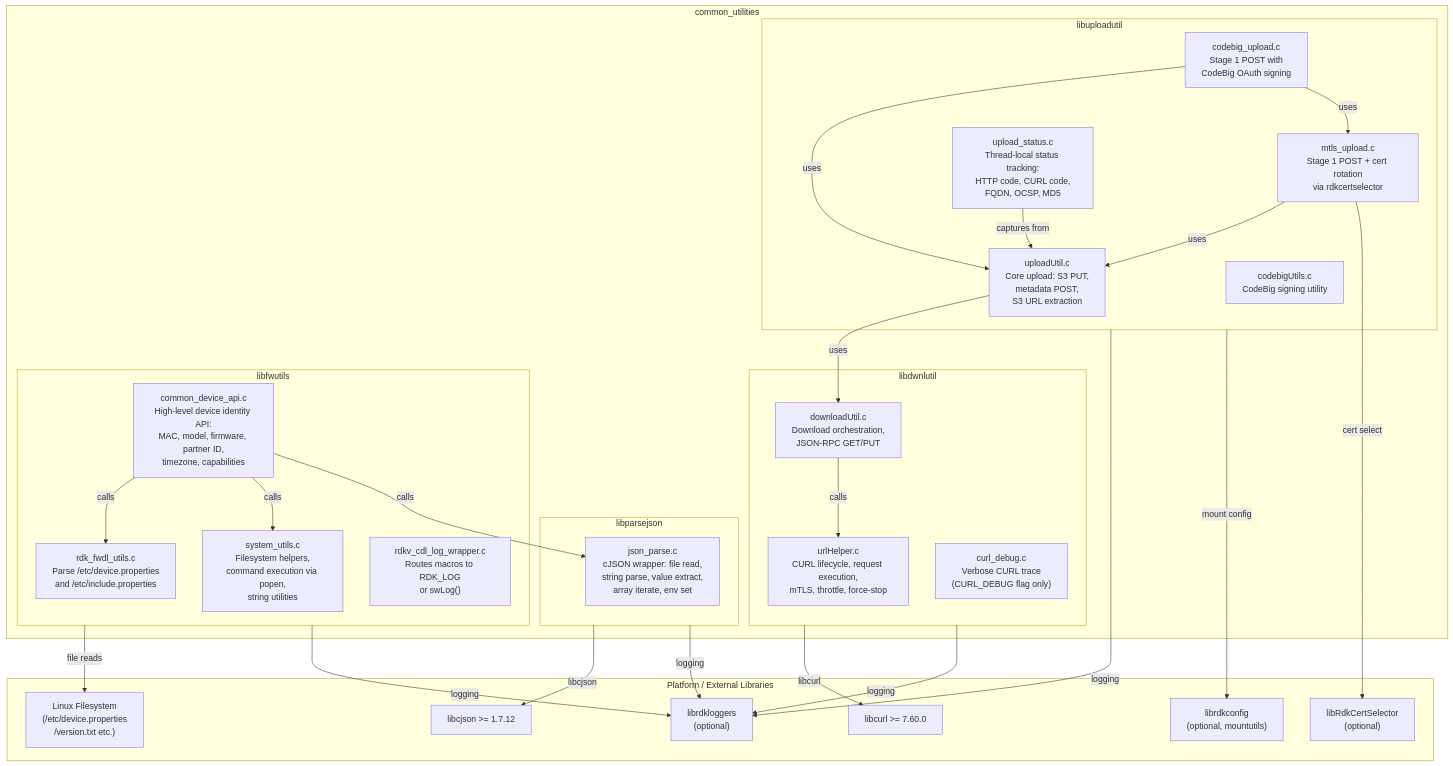
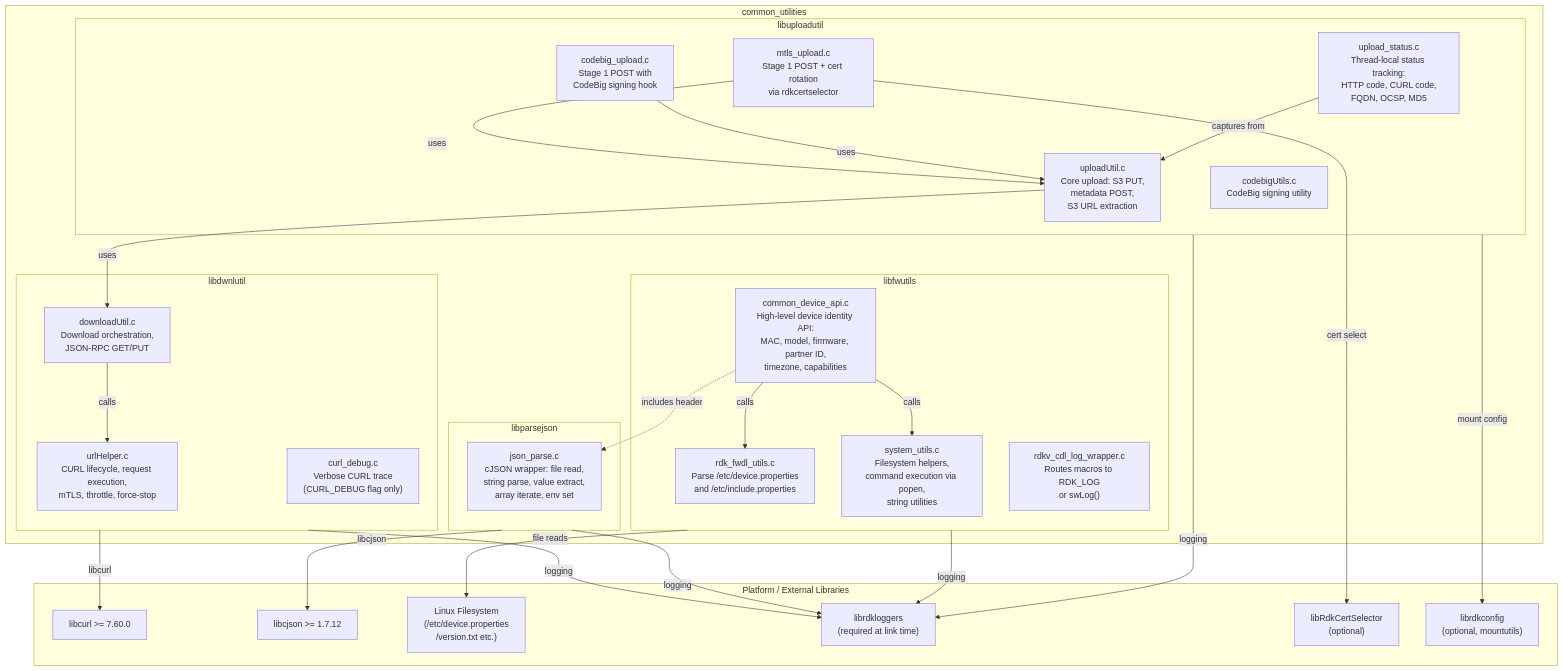
Before and after one commit to rdkcentral/common_utilities: the second of 4 diagrams in docs/README.md, drawn with Mermaid. The commit also changed other lines of this file, not shown here.

````diff
--- a/docs/README.md
+++ b/docs/README.md
@@ -57,57 +57,56 @@
 ```mermaid
 graph TD
     subgraph CommonUtils ["common_utilities"]
         subgraph DwnlLib ["libdwnlutil"]
             UH["urlHelper.c\nCURL lifecycle, request execution,\nmTLS, throttle, force-stop"]
             DU["downloadUtil.c\nDownload orchestration,\nJSON-RPC GET/PUT"]
             CD["curl_debug.c\nVerbose CURL trace\n(CURL_DEBUG flag only)"]
             DU -->|"calls"| UH
         end
 
         subgraph ParseLib ["libparsejson"]
             JP["json_parse.c\ncJSON wrapper: file read,\nstring parse, value extract,\narray iterate, env set"]
         end
 
         subgraph FwUtils ["libfwutils"]
             FD["rdk_fwdl_utils.c\nParse /etc/device.properties\nand /etc/include.properties"]
             SU["system_utils.c\nFilesystem helpers,\ncommand execution via popen,\nstring utilities"]
             CDA["common_device_api.c\nHigh-level device identity API:\nMAC, model, firmware, partner ID,\ntimezone, capabilities"]
             LOG["rdkv_cdl_log_wrapper.c\nRoutes macros to RDK_LOG\nor swLog()"]
             CDA -->|"calls"| FD
             CDA -->|"calls"| SU
-            CDA -->|"calls"| JP
+            CDA -.->|"includes header"| JP
         end
 
         subgraph UploadLib ["libuploadutil"]
             UU["uploadUtil.c\nCore upload: S3 PUT,\nmetadata POST,\nS3 URL extraction"]
             MU["mtls_upload.c\nStage 1 POST + cert rotation\nvia rdkcertselector"]
-            CBU["codebig_upload.c\nStage 1 POST with\nCodeBig OAuth signing"]
+            CBU["codebig_upload.c\nStage 1 POST with\nCodeBig signing hook"]
             CBUtils["codebigUtils.c\nCodeBig signing utility"]
             US["upload_status.c\nThread-local status tracking:\nHTTP code, CURL code,\nFQDN, OCSP, MD5"]
             UU -->|"uses"| DU
             MU -->|"uses"| UU
             CBU -->|"uses"| UU
-            CBU -->|"uses"| MU
             US -->|"captures from"| UU
         end
     end
 
     subgraph Platform ["Platform / External Libraries"]
         CURL["libcurl >= 7.60.0"]
         CJSON["libcjson >= 1.7.12"]
         FS["Linux Filesystem\n(/etc/device.properties\n/version.txt etc.)"]
-        RDKLOG["librdkloggers\n(optional)"]
+        RDKLOG["librdkloggers\n(required at link time)"]
         CERTSEL["libRdkCertSelector\n(optional)"]
         RDKCONF["librdkconfig\n(optional, mountutils)"]
     end
 
     DwnlLib -->|"libcurl"| CURL
     ParseLib -->|"libcjson"| CJSON
     FwUtils -->|"file reads"| FS
     DwnlLib -->|"logging"| RDKLOG
     ParseLib -->|"logging"| RDKLOG
     FwUtils -->|"logging"| RDKLOG
     UploadLib -->|"logging"| RDKLOG
     MU -->|"cert select"| CERTSEL
     UploadLib -->|"mount config"| RDKCONF
 ```
````
